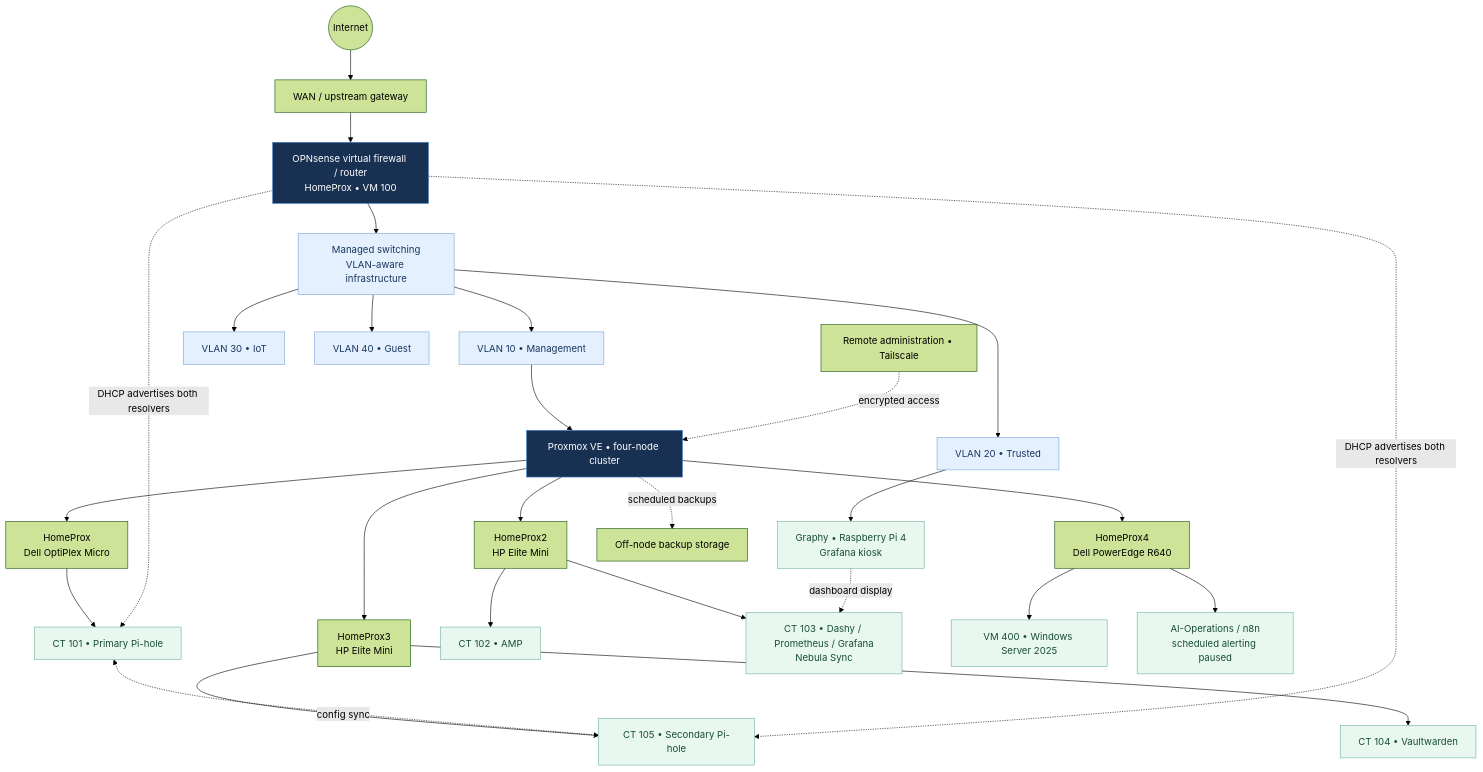
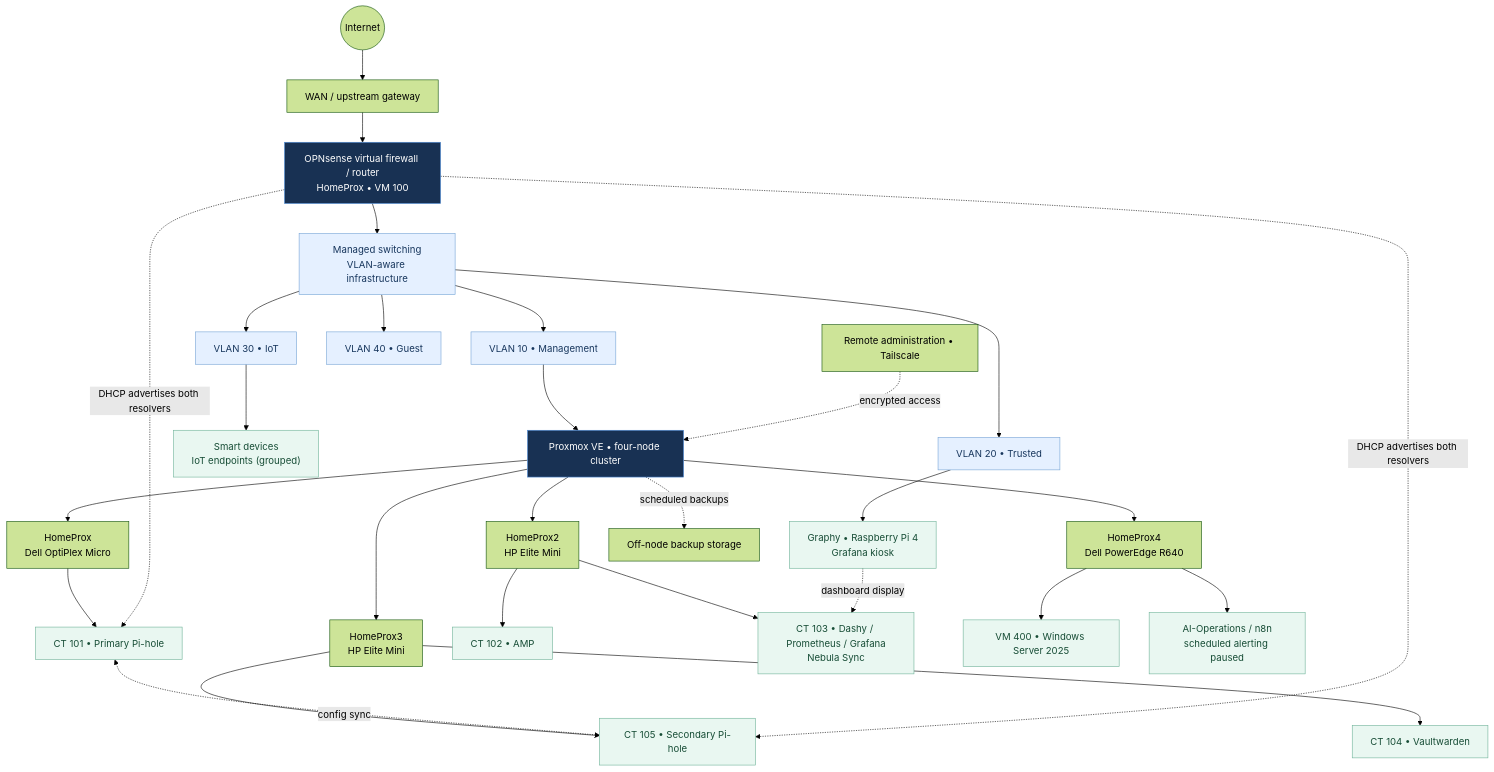
One commit to samuelkemp1619/HOMELAB-PORTFOLIO changed the diagram in network/diagrams/homelab-network.mmd. Above: the diagram before and after it, drawn with Mermaid (forest theme).

Commit message:
Add Smart devices group beneath IoT VLAN in network diagram

```diff
--- a/network/diagrams/homelab-network.mmd
+++ b/network/diagrams/homelab-network.mmd
@@ -1,33 +1,34 @@
 flowchart TB
     WAN((Internet)) --> EDGE["WAN / upstream gateway"]
     EDGE --> FW["OPNsense virtual firewall / router<br/>HomeProx • VM 100"]
     FW --> SWITCH["Managed switching<br/>VLAN-aware infrastructure"]
     SWITCH --> V10["VLAN 10 • Management"]
     SWITCH --> V20["VLAN 20 • Trusted"]
     SWITCH --> V30["VLAN 30 • IoT"]
     SWITCH --> V40["VLAN 40 • Guest"]
+    V30 --> SMART["Smart devices<br/>IoT endpoints (grouped)"]
     V10 --> CLUSTER["Proxmox VE • four-node cluster"]
     CLUSTER --> P1["HomeProx<br/>Dell OptiPlex Micro"]
     CLUSTER --> P2["HomeProx2<br/>HP Elite Mini"]
     CLUSTER --> P3["HomeProx3<br/>HP Elite Mini"]
     CLUSTER --> P4["HomeProx4<br/>Dell PowerEdge R640"]
     P1 --> DNS1["CT 101 • Primary Pi-hole"]
     P2 --> APP["CT 102 • AMP"]
     P2 --> OBS["CT 103 • Dashy / Prometheus / Grafana<br/>Nebula Sync"]
     P3 --> VAULT["CT 104 • Vaultwarden"]
     P3 --> DNS2["CT 105 • Secondary Pi-hole"]
     P4 --> WIN["VM 400 • Windows Server 2025"]
     P4 --> AI["AI-Operations / n8n<br/>scheduled alerting paused"]
     DNS1 <-. "config sync" .-> DNS2
     FW -. "DHCP advertises both resolvers" .-> DNS1
     FW -. "DHCP advertises both resolvers" .-> DNS2
     V20 --> GRAPHY["Graphy • Raspberry Pi 4<br/>Grafana kiosk"]
     GRAPHY -. "dashboard display" .-> OBS
     REMOTE["Remote administration • Tailscale"] -. "encrypted access" .-> CLUSTER
     CLUSTER -. "scheduled backups" .-> BACKUP["Off-node backup storage"]
     classDef core fill:#183153,color:#fff,stroke:#4c8ad5
     classDef network fill:#e5f0ff,color:#17365d,stroke:#77a5d6
     classDef service fill:#e9f7f1,color:#174d36,stroke:#71b49a
     class FW,CLUSTER core
     class SWITCH,V10,V20,V30,V40 network
-    class DNS1,DNS2,OBS,VAULT,GRAPHY,APP,WIN,AI service
+    class DNS1,DNS2,OBS,VAULT,GRAPHY,APP,WIN,AI,SMART service
```
